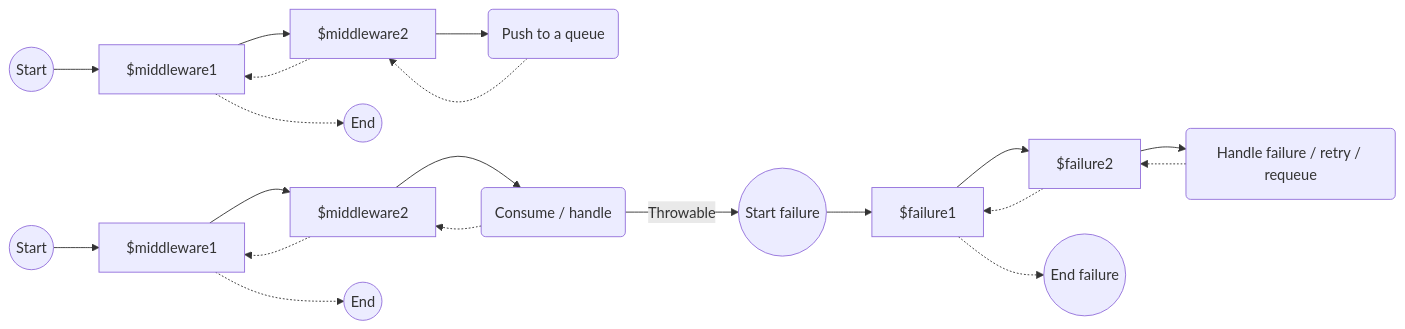
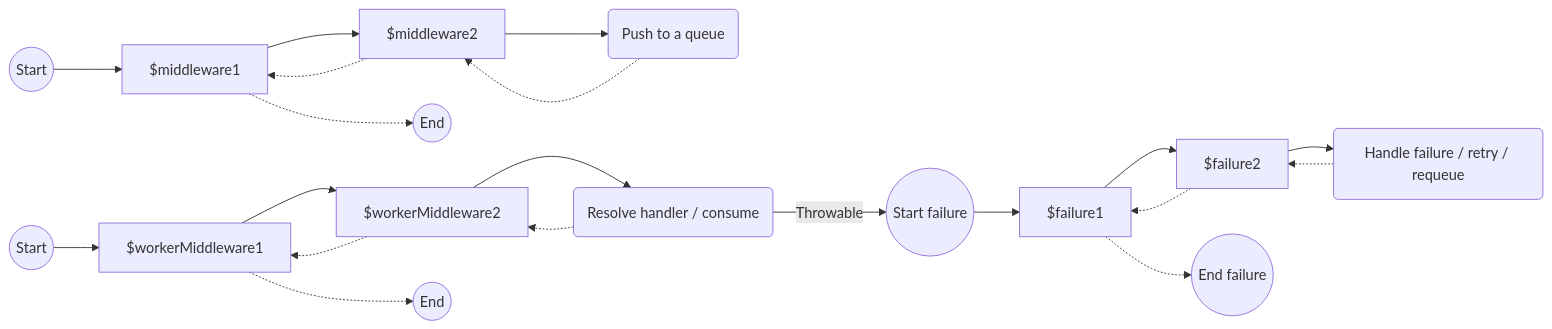
Before and after one commit to yiisoft/queue: the diagram in docs/guide/en/middleware-pipelines.md, drawn with Mermaid. The commit also changed other lines of this file and 109 other files, not shown here.

````diff
--- a/docs/guide/en/middleware-pipelines.md
+++ b/docs/guide/en/middleware-pipelines.md
@@ -37,17 +38,17 @@
 ```mermaid
 graph LR
     StartPush((Start)) --> PushMiddleware1[$middleware1] --> PushMiddleware2[$middleware2] --> Push(Push to a queue)
     -.-> PushMiddleware2[$middleware2] -.-> PushMiddleware1[$middleware1]
     PushMiddleware1[$middleware1] -.-> EndPush((End))
 
 
-    StartConsume((Start)) --> ConsumeMiddleware1[$middleware1] --> ConsumeMiddleware2[$middleware2] --> Consume(Consume / handle)
-    -.-> ConsumeMiddleware2[$middleware2] -.-> ConsumeMiddleware1[$middleware1]
-    ConsumeMiddleware1[$middleware1] -.-> EndConsume((End))
+    StartWorker((Start)) --> WorkerMiddleware1[$workerMiddleware1] --> WorkerMiddleware2[$workerMiddleware2] --> Consume(Resolve handler / consume)
+    -.-> WorkerMiddleware2[$workerMiddleware2] -.-> WorkerMiddleware1[$workerMiddleware1]
+    WorkerMiddleware1[$workerMiddleware1] -.-> EndWorker((End))
 
 
     Consume -- Throwable --> StartFailure((Start failure))
     StartFailure --> FailureMiddleware1[$failure1] --> FailureMiddleware2[$failure2] --> Failure(Handle failure / retry / requeue)
     -.-> FailureMiddleware2[$failure2] -.-> FailureMiddleware1[$failure1]
     FailureMiddleware1[$failure1] -.-> EndFailure((End failure))
 ```
````
